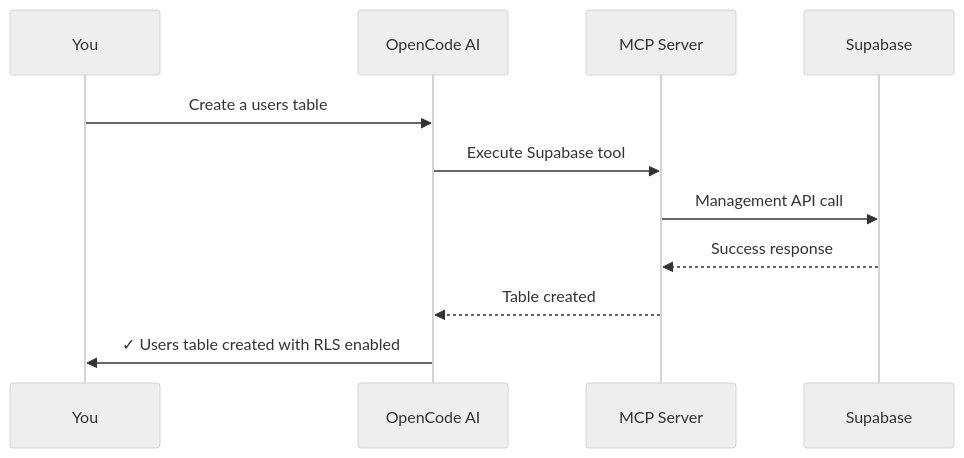
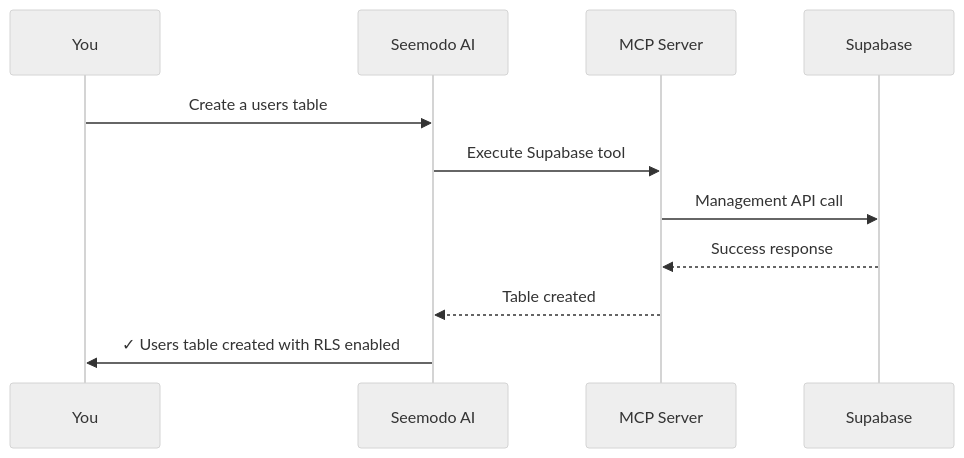
Before and after one commit to Seemodo/docs: the diagram in seemodo/cloud.mdx, drawn with Mermaid (neutral theme). The commit also changed 23 other files, not shown here.

Commit message:
Update documentation to replace all instances of "OpenCode" with "Seemodo AI" across multiple files, including AGENTS.md, README.md, and various API reference documents, ensuring consistency with the new branding.

````diff
--- a/seemodo/cloud.mdx
+++ b/seemodo/cloud.mdx
@@ -127,14 +127,14 @@
 ```mermaid
 sequenceDiagram
     participant You
-    participant AI as OpenCode AI
+    participant AI as Seemodo AI
     participant MCP as MCP Server
     participant Supabase
 
     You->>AI: Create a users table
     AI->>MCP: Execute Supabase tool
     MCP->>Supabase: Management API call
     Supabase-->>MCP: Success response
     MCP-->>AI: Table created
     AI->>You: ✓ Users table created with RLS enabled
 ```
````
